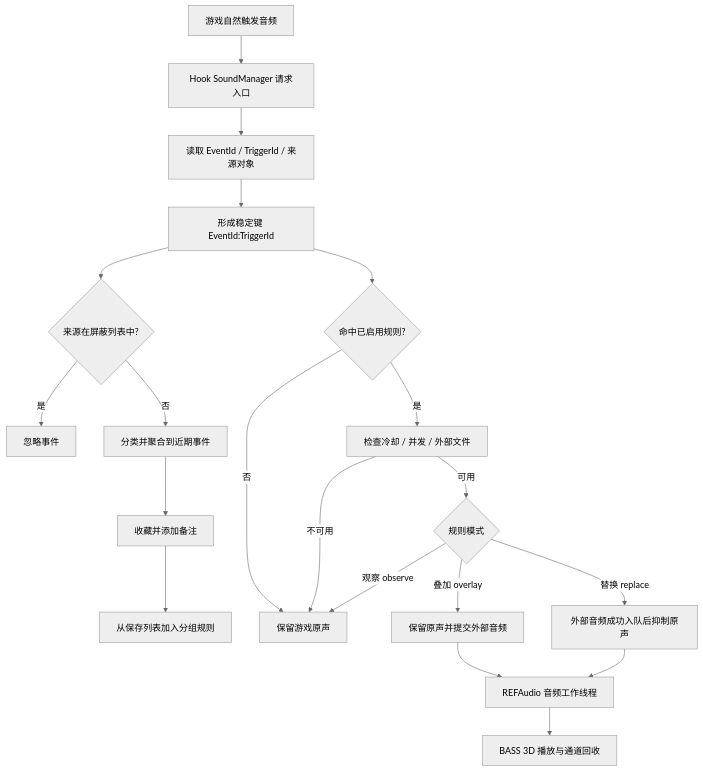
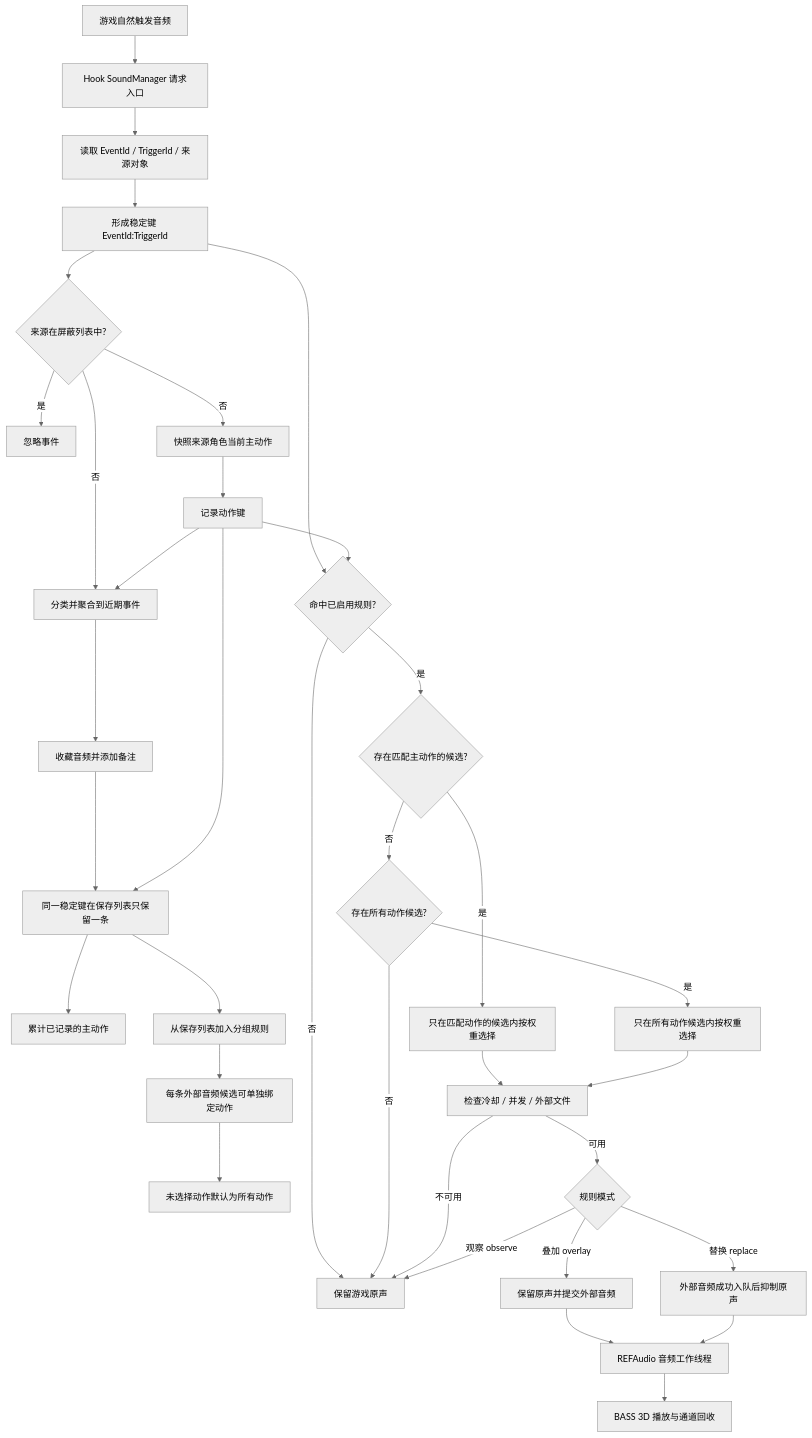
Before and after one commit to Monkeysama/MHWS-Voice-Controller: the diagram in README.md, drawn with Mermaid (neutral theme). The commit also changed other lines of this file and 2 other files, not shown here.

````diff
--- a/README.md
+++ b/README.md
@@ -8,22 +8,37 @@
 ```mermaid
 flowchart TD
     A[游戏自然触发音频] --> B[Hook SoundManager 请求入口]
     B --> C[读取 EventId / TriggerId / 来源对象]
     C --> D[形成稳定键 EventId:TriggerId]
     D --> E{来源在屏蔽列表中?}
     E -- 是 --> F[忽略事件]
     E -- 否 --> G[分类并聚合到近期事件]
-    G --> H[收藏并添加备注]
-    H --> I[从保存列表加入分组规则]
+    E -- 否 --> AC[快照来源角色当前主动作]
+    AC --> AK[记录动作键]
+    AK --> G
+    G --> H[收藏音频并添加备注]
+    H --> I[同一稳定键在保存列表只保留一条]
+    AK --> I
+    I --> IA[累计已记录的主动作]
+    I --> R[从保存列表加入分组规则]
+    R --> RC[每条外部音频候选可单独绑定动作]
+    RC --> RD[未选择动作默认为所有动作]
     D --> J{命中已启用规则?}
+    AK --> J
     J -- 否 --> K[保留游戏原声]
-    J -- 是 --> L[检查冷却 / 并发 / 外部文件]
+    J -- 是 --> JA{存在匹配主动作的候选?}
+    JA -- 是 --> JB[只在匹配动作的候选内按权重选择]
+    JA -- 否 --> JC{存在所有动作候选?}
+    JC -- 是 --> JD[只在所有动作候选内按权重选择]
+    JC -- 否 --> K
+    JB --> L[检查冷却 / 并发 / 外部文件]
+    JD --> L
     L -- 不可用 --> K
     L -- 可用 --> M{规则模式}
     M -- 观察 observe --> K
     M -- 叠加 overlay --> N[保留原声并提交外部音频]
     M -- 替换 replace --> O[外部音频成功入队后抑制原声]
     N --> P[REFAudio 音频工作线程]
     O --> P
     P --> Q[BASS 3D 播放与通道回收]
 ```
````
